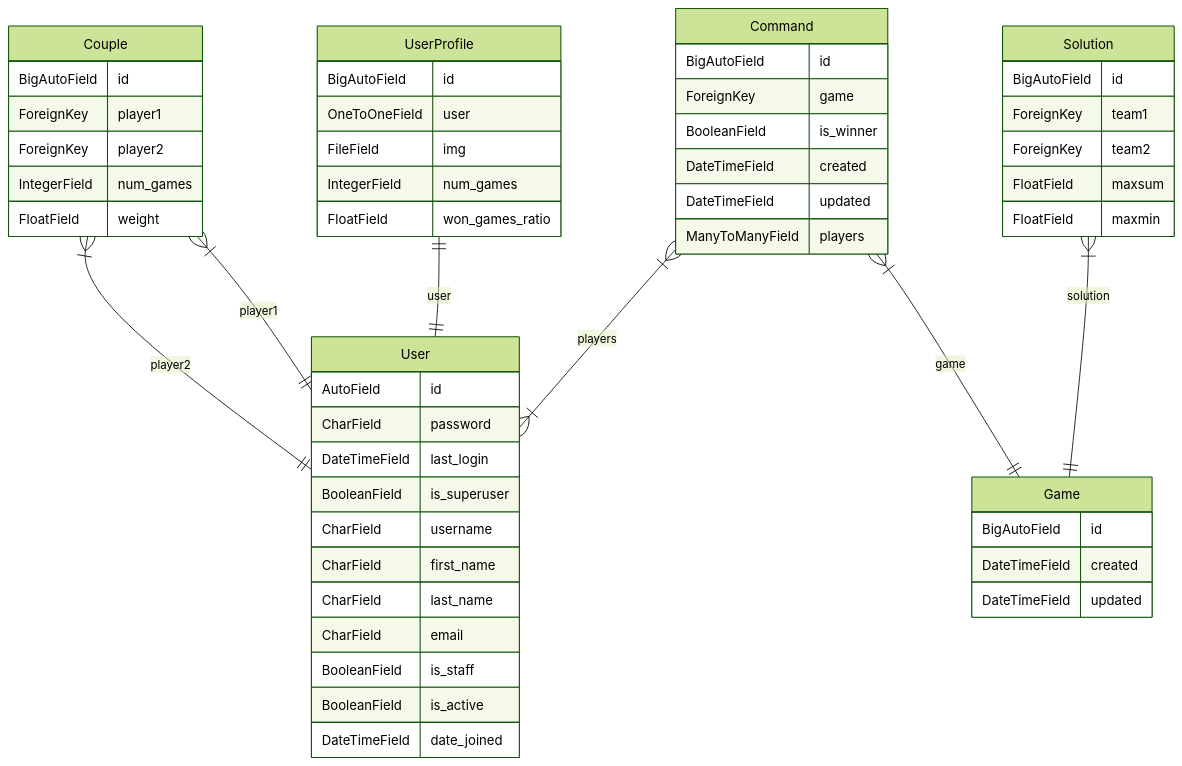
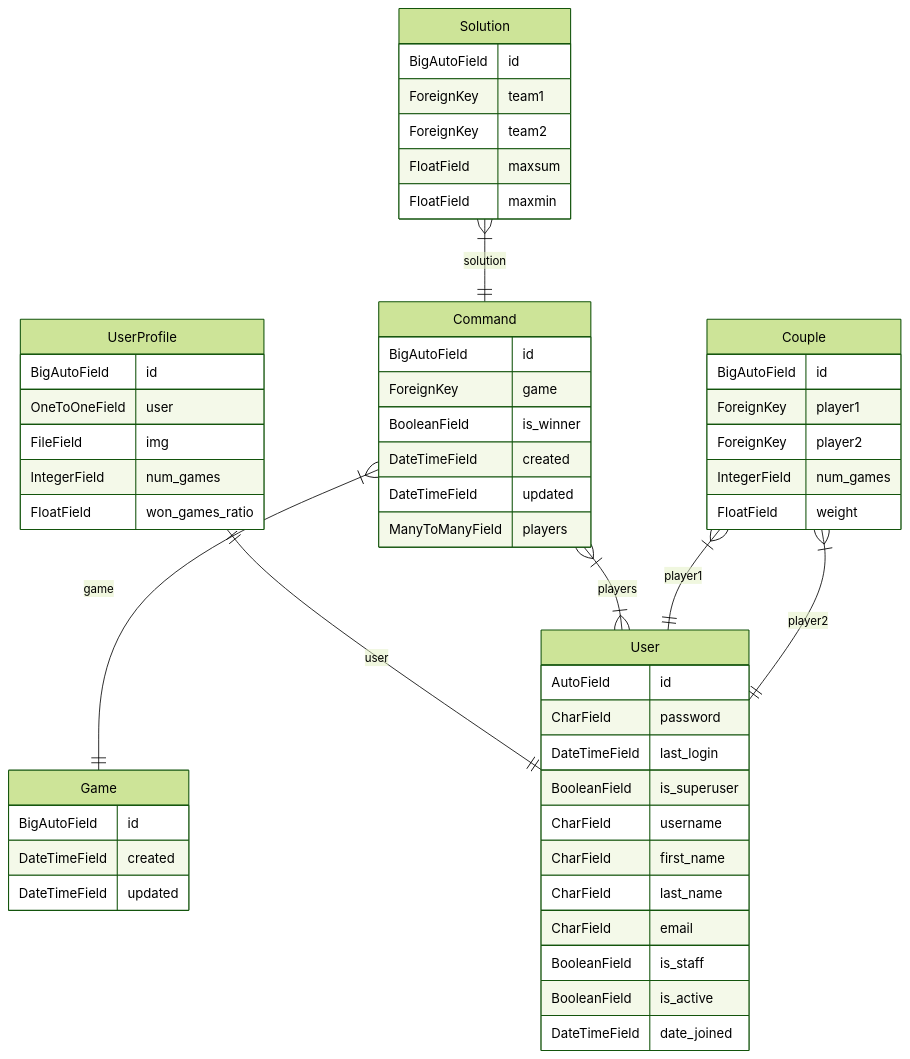
Before and after one commit to an-2-an/data: the diagram in uml_diagram.md, drawn with Mermaid (forest theme).

````diff
--- a/uml_diagram.md
+++ b/uml_diagram.md
@@ -1,59 +1,59 @@
 ```mermaid
 ---
 Django ER Diagram
 ---
 erDiagram
 User {
     AutoField id
     CharField password
     DateTimeField last_login
     BooleanField is_superuser
     CharField username
     CharField first_name
     CharField last_name
     CharField email
     BooleanField is_staff
     BooleanField is_active
     DateTimeField date_joined
 }
 UserProfile {
     BigAutoField id
     OneToOneField user
     FileField img
     IntegerField num_games
     FloatField won_games_ratio
 }
 Command {
     BigAutoField id
     ForeignKey game
     BooleanField is_winner
     DateTimeField created
     DateTimeField updated
     ManyToManyField players
 }
 Game {
     BigAutoField id
     DateTimeField created
     DateTimeField updated
 }
 Couple {
     BigAutoField id
     ForeignKey player1
     ForeignKey player2
     IntegerField num_games
     FloatField weight
 }
 Solution {
     BigAutoField id
     ForeignKey team1
     ForeignKey team2
     FloatField maxsum
     FloatField maxmin
 }
 UserProfile ||--|| User : user
 Command }|--|| Game : game
 Command }|--|{ User : players
 Couple }|--|| User : player1
 Couple }|--|| User : player2
-Solution }|--|| Game : solution
+Solution }|--|| Command : solution
 ```
````
